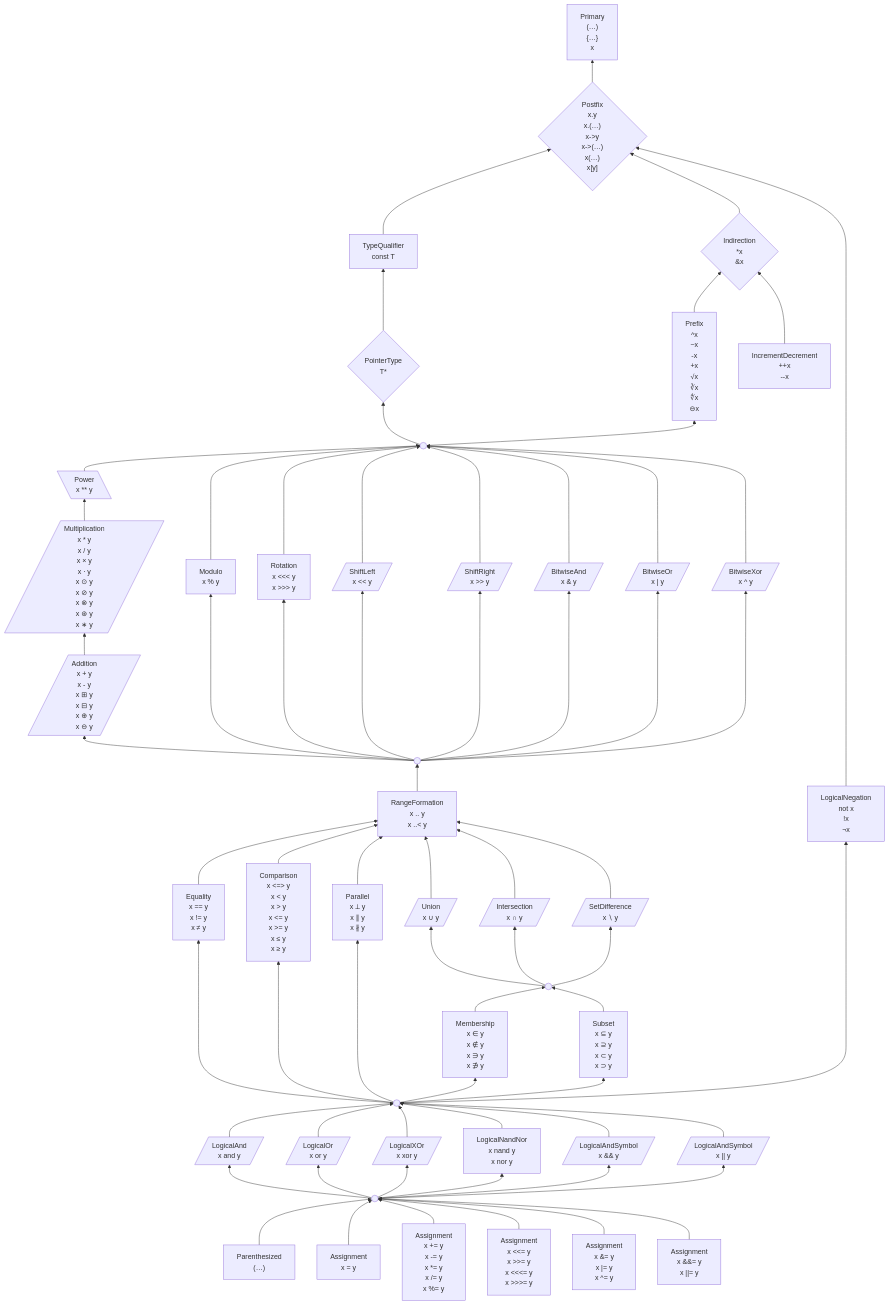
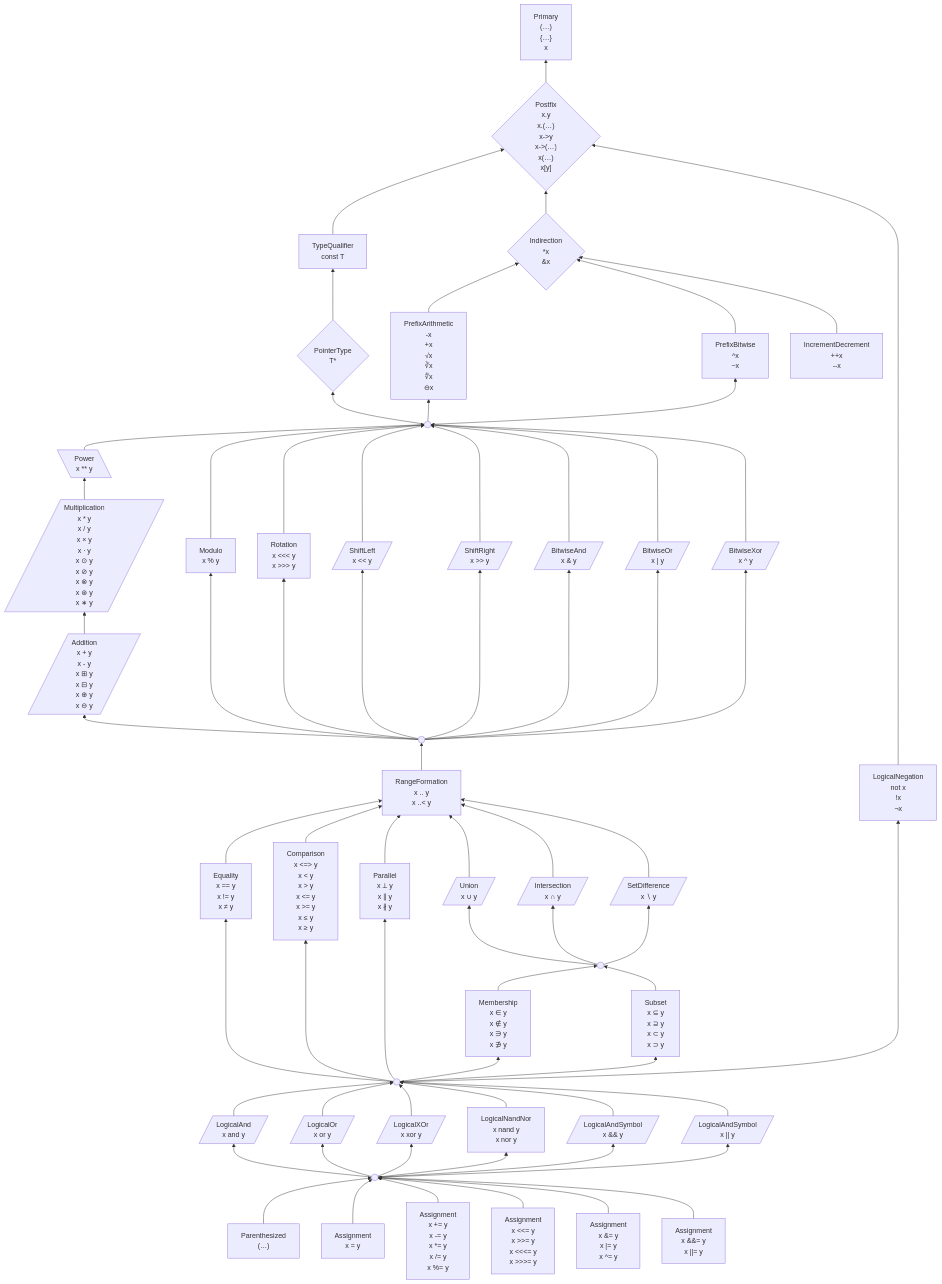
The first of 2 diagrams in 6 .../2 Unfinished Ideas.md (laro/Cilia), drawn with Mermaid before and after one commit.

Commit message:
Update 2 Unfinished Ideas.md

```diff
--- a/6 .../2 Unfinished Ideas.md
+++ b/6 .../2 Unfinished Ideas.md
@@ -220,10 +220,11 @@
 *x
 &x"}
 
-    prefix & incDec --> pointer
-    prefix["Prefix
-^x
-~x
+    prefixMath & complement & incDec --> pointer
+    complement["PrefixBitwise
+ ^x
+~x"]
+    prefixMath["PrefixArithmetic
 -x
 +x
 √x
@@ -234,7 +235,7 @@
 ++x
 --x"]
 
-    unary --> pointerType & prefix
+    unary --> pointerType & prefixMath & complement
     unary((" "))
 
 
```
